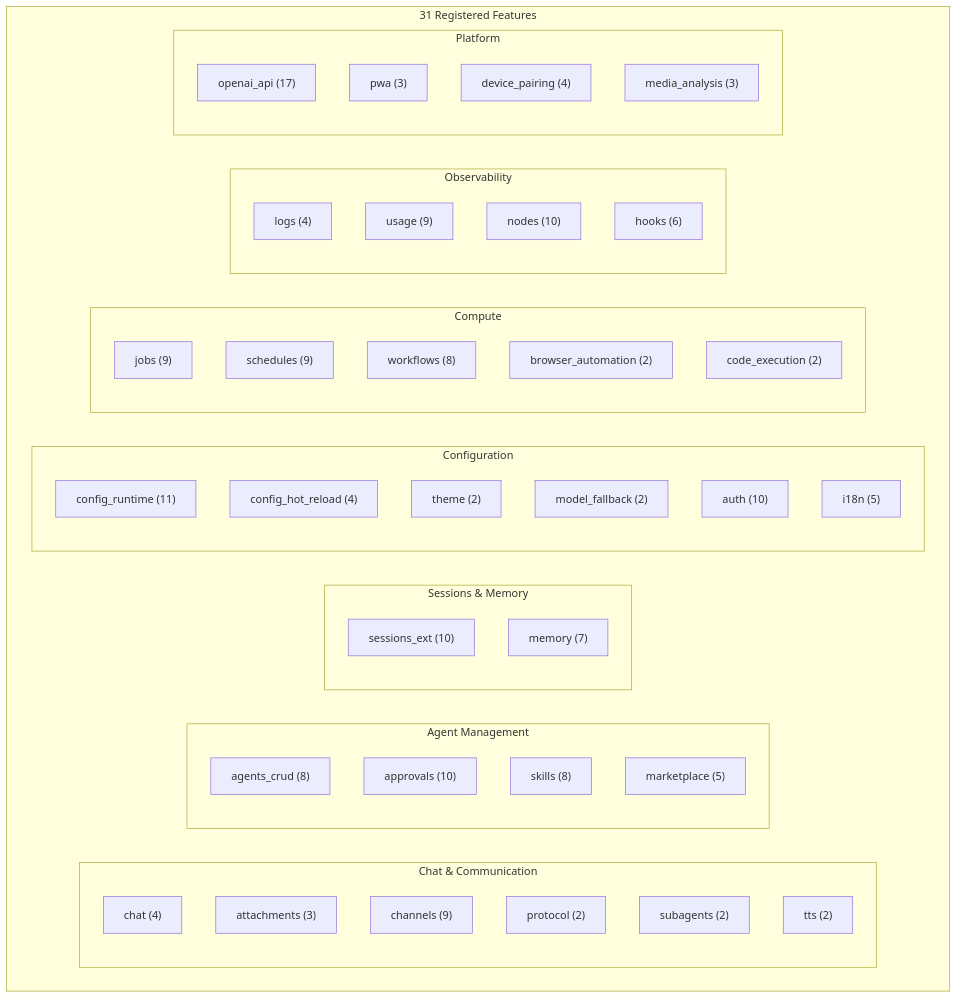
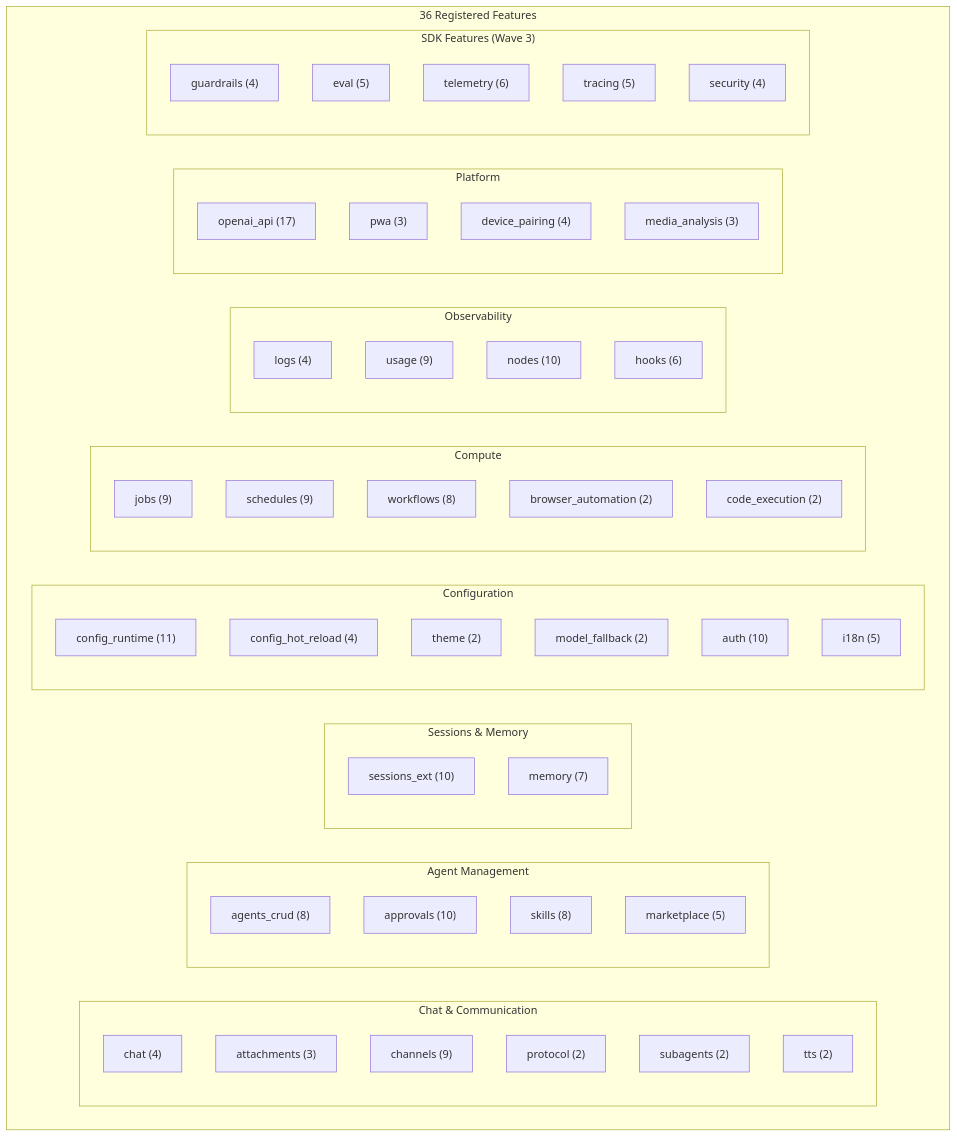
One commit to MervinPraison/PraisonAIUI changed the diagram in docs/features/feature-inventory.md. Above: the diagram before and after it, drawn with Mermaid. The commit also changed other lines of this file and 3 other files, not shown here.

````diff
--- a/docs/features/feature-inventory.md
+++ b/docs/features/feature-inventory.md
@@ -290,50 +300,57 @@
 ```mermaid
 graph TD
-    subgraph "31 Registered Features"
+    subgraph "36 Registered Features"
         subgraph "Chat & Communication"
             F7["chat (4)"]
             F3["attachments (3)"]
             F6["channels (9)"]
             F17["protocol (2)"]
             F21["subagents (2)"]
             F25["tts (2)"]
         end
         subgraph "Agent Management"
             F1["agents_crud (8)"]
             F2["approvals (10)"]
             F20["skills (8)"]
             F26["marketplace (5)"]
         end
         subgraph "Sessions & Memory"
             F19["sessions_ext (10)"]
             F13["memory (7)"]
         end
         subgraph "Configuration"
             F9["config_runtime (11)"]
             F8["config_hot_reload (4)"]
             F22["theme (2)"]
             F14["model_fallback (2)"]
             F4["auth (10)"]
             F29["i18n (5)"]
         end
         subgraph "Compute"
             F11["jobs (9)"]
             F18["schedules (9)"]
             F24["workflows (8)"]
             F5["browser_automation (2)"]
             F27["code_execution (2)"]
         end
         subgraph "Observability"
             F12["logs (4)"]
             F23["usage (9)"]
             F15["nodes (10)"]
             F10["hooks (6)"]
         end
         subgraph "Platform"
             F16["openai_api (17)"]
             F28["pwa (3)"]
             F30["device_pairing (4)"]
             F31["media_analysis (3)"]
         end
+        subgraph "SDK Features (Wave 3)"
+            F32["guardrails (4)"]
+            F33["eval (5)"]
+            F34["telemetry (6)"]
+            F35["tracing (5)"]
+            F36["security (4)"]
+        end
     end
 ```
````
